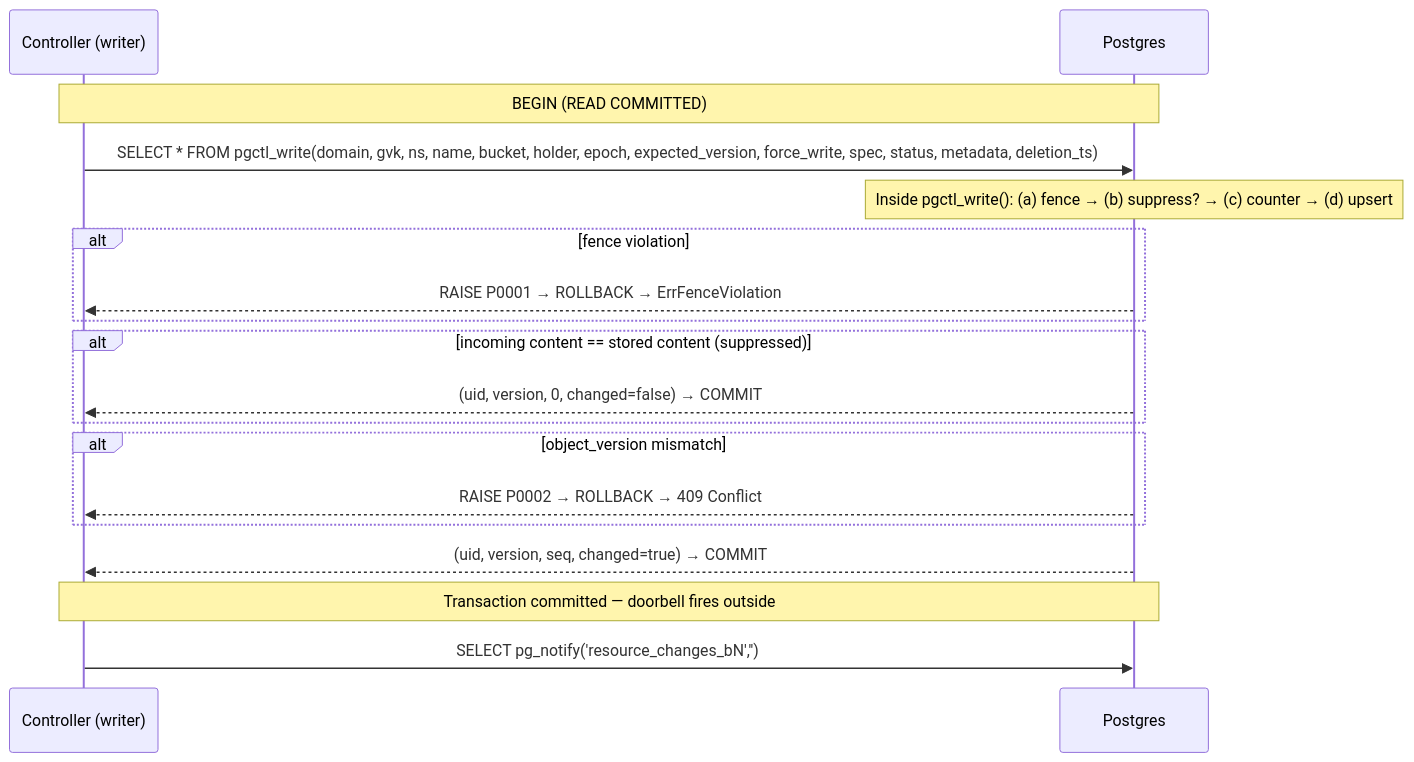
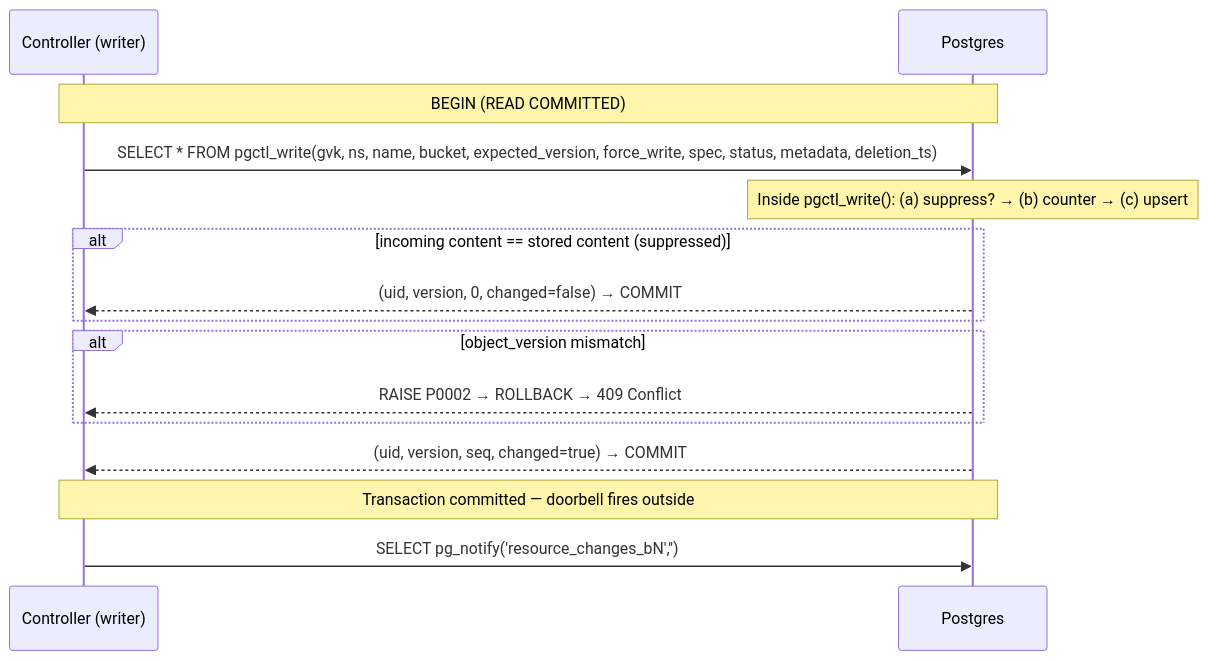
Before and after one commit to jmelis/postgres-controller-backend: the first of 4 diagrams in WALKTHROUGH.md, drawn with Mermaid. The commit also changed other lines of this file and 76 other files, not shown here.

````diff
--- a/WALKTHROUGH.md
+++ b/WALKTHROUGH.md
@@ -129,20 +128,17 @@
 ```mermaid
 sequenceDiagram
     participant C as Controller (writer)
     participant DB as Postgres
     Note over C,DB: BEGIN (READ COMMITTED)
-    C->>DB: SELECT * FROM pgctl_write(domain, gvk, ns, name, bucket, holder, epoch, expected_version, force_write, spec, status, metadata, deletion_ts)
-    Note over DB: Inside pgctl_write(): (a) fence → (b) suppress? → (c) counter → (d) upsert
-    alt fence violation
-        DB-->>C: RAISE P0001 → ROLLBACK → ErrFenceViolation
-    end
+    C->>DB: SELECT * FROM pgctl_write(gvk, ns, name, bucket, expected_version, force_write, spec, status, metadata, deletion_ts)
+    Note over DB: Inside pgctl_write(): (a) suppress? → (b) counter → (c) upsert
     alt incoming content == stored content (suppressed)
         DB-->>C: (uid, version, 0, changed=false) → COMMIT
     end
     alt object_version mismatch
         DB-->>C: RAISE P0002 → ROLLBACK → 409 Conflict
     end
     DB-->>C: (uid, version, seq, changed=true) → COMMIT
     Note over C,DB: Transaction committed — doorbell fires outside
     C->>DB: SELECT pg_notify('resource_changes_bN','')
 ```
````
